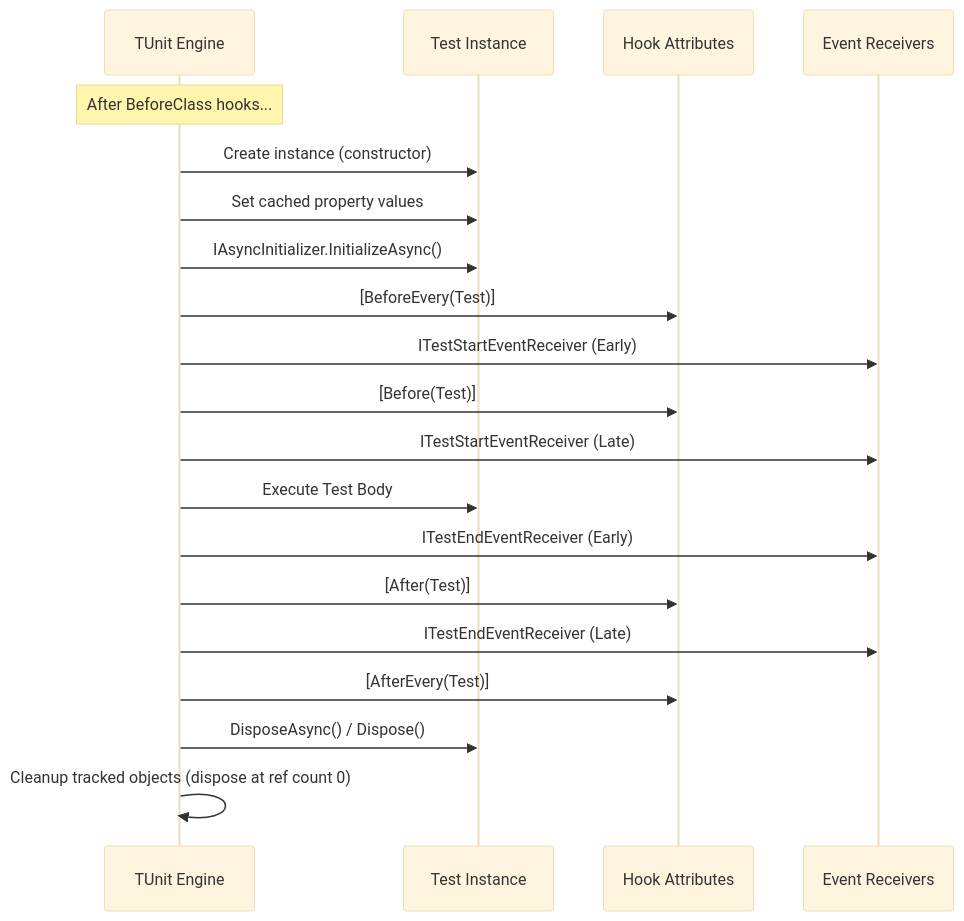
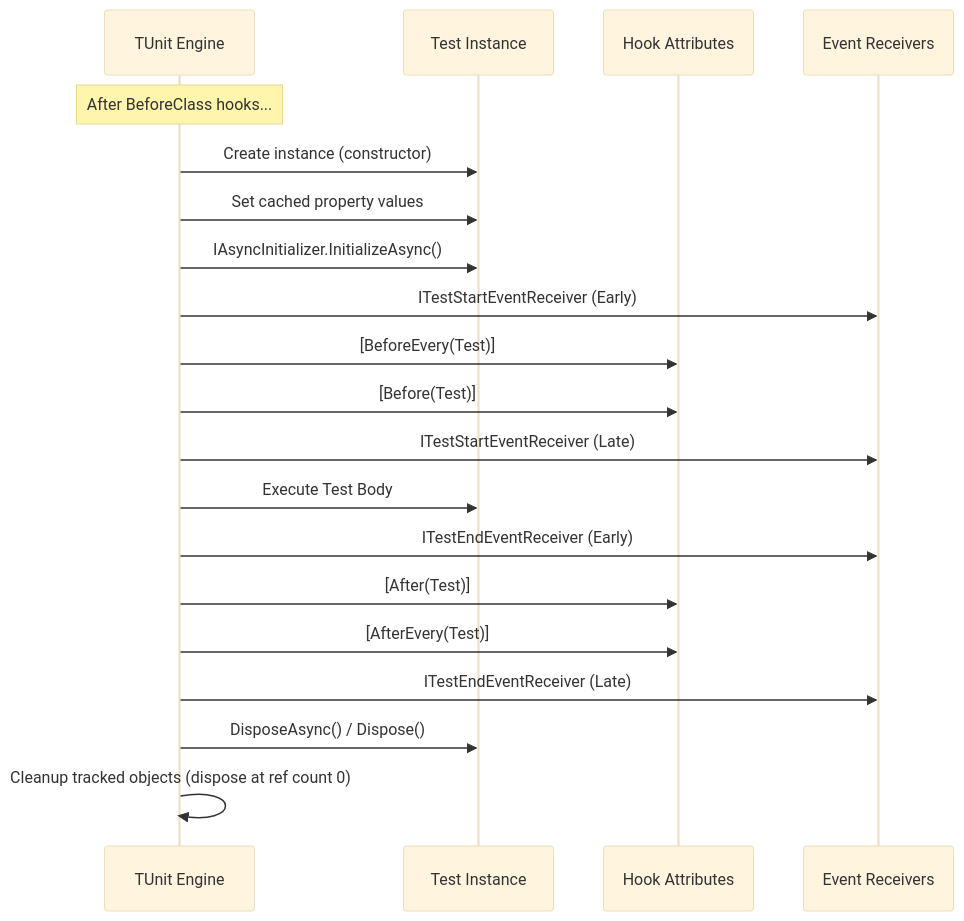
The fifth of 10 diagrams in docs/docs/writing-tests/lifecycle.md (thomhurst/TUnit), drawn with Mermaid (base theme) before and after one commit. The commit also changed other lines of this file and 24 other files, not shown here.

````diff
--- a/docs/docs/writing-tests/lifecycle.md
+++ b/docs/docs/writing-tests/lifecycle.md
@@ -111,28 +111,28 @@
 ```mermaid
 sequenceDiagram
     participant Engine as TUnit Engine
     participant Instance as Test Instance
     participant Hooks as Hook Attributes
     participant Events as Event Receivers
 
     Note over Engine: After BeforeClass hooks...
 
     Engine->>Instance: Create instance (constructor)
     Engine->>Instance: Set cached property values
     Engine->>Instance: IAsyncInitializer.InitializeAsync()
 
+    Engine->>Events: ITestStartEventReceiver (Early)
     Engine->>Hooks: [BeforeEvery(Test)]
-    Engine->>Events: ITestStartEventReceiver (Early)
     Engine->>Hooks: [Before(Test)]
     Engine->>Events: ITestStartEventReceiver (Late)
 
     Engine->>Instance: Execute Test Body
 
     Engine->>Events: ITestEndEventReceiver (Early)
     Engine->>Hooks: [After(Test)]
+    Engine->>Hooks: [AfterEvery(Test)]
     Engine->>Events: ITestEndEventReceiver (Late)
-    Engine->>Hooks: [AfterEvery(Test)]
 
     Engine->>Instance: DisposeAsync() / Dispose()
     Engine->>Engine: Cleanup tracked objects (dispose at ref count 0)
 ```
````
